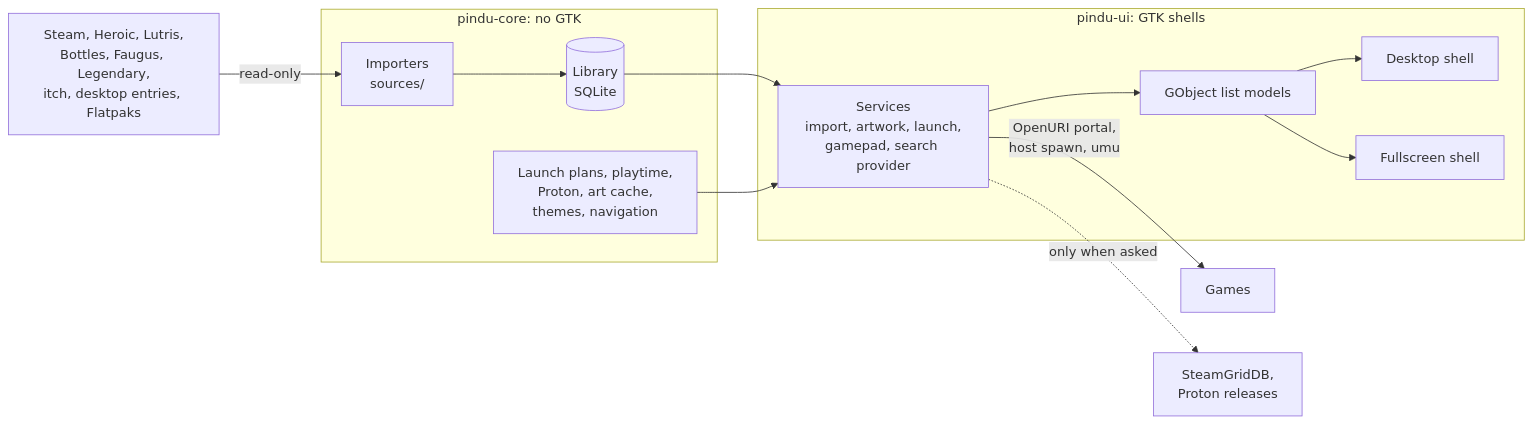
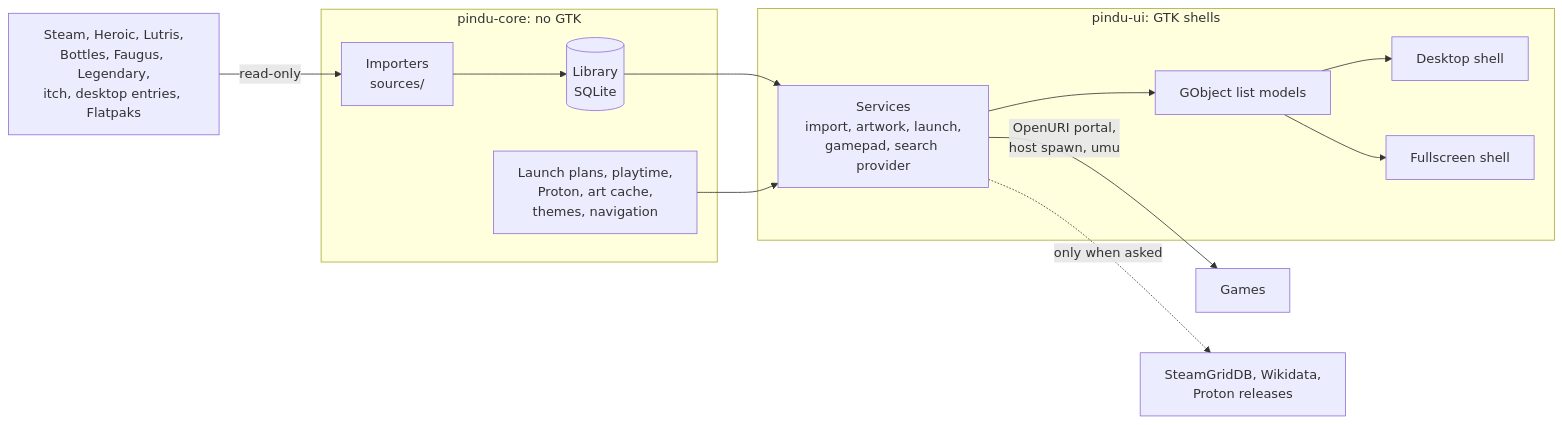
The diagram in README.md (Tim-van-Oudheusden/pindu-launcher), drawn with Mermaid before and after one commit. The commit also changed other lines of this file and 19 other files, not shown here.

````diff
--- a/README.md
+++ b/README.md
@@ -683,21 +706,21 @@
 ```mermaid
 flowchart LR
   launchers["Steam, Heroic, Lutris,<br/>Bottles, Faugus, Legendary,<br/>itch, desktop entries, Flatpaks"]
 
   subgraph core["pindu-core: no GTK"]
     importers["Importers<br/>sources/"] --> store[("Library<br/>SQLite")]
     logic["Launch plans, playtime,<br/>Proton, art cache,<br/>themes, navigation"]
   end
 
   subgraph ui["pindu-ui: GTK shells"]
     services["Services<br/>import, artwork, launch,<br/>gamepad, search provider"] --> models["GObject list models"]
     models --> desktop["Desktop shell"]
     models --> fullscreen["Fullscreen shell"]
   end
 
   launchers -->|"read-only"| importers
   store --> services
   logic --> services
   services -->|"OpenURI portal,<br/>host spawn, umu"| games["Games"]
-  services -.->|"only when asked"| online["SteamGridDB,<br/>Proton releases"]
+  services -.->|"only when asked"| online["SteamGridDB, Wikidata,<br/>Proton releases"]
 ```
````
